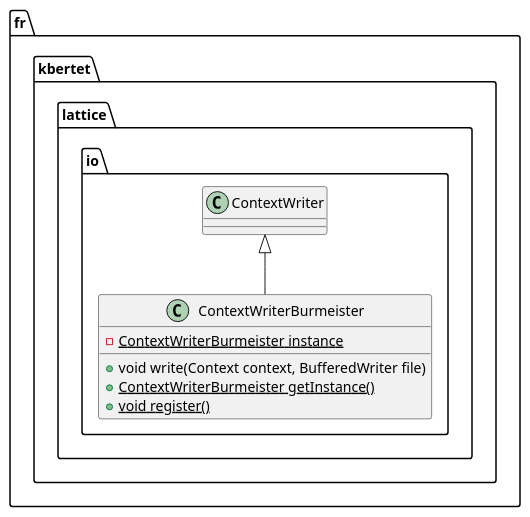
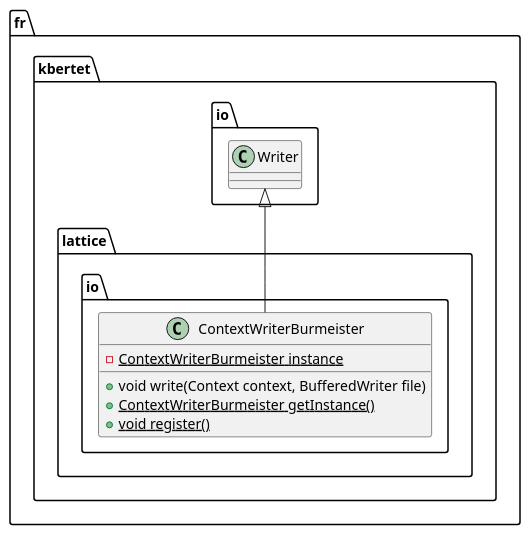
The diagram in src/main/javadoc/resources/fr/kbertet/context/io/ContextWriterBurmeister.iuml (thegalactic/java-lattices), drawn with PlantUML before and after one commit. The commit also changed 28 other files, not shown here.

```diff
--- a/src/main/javadoc/resources/fr/kbertet/context/io/ContextWriterBurmeister.iuml
+++ b/src/main/javadoc/resources/fr/kbertet/context/io/ContextWriterBurmeister.iuml
@@ -1,10 +1,10 @@
 package fr.kbertet.lattice.io {
     class ContextWriterBurmeister {
     	-{static}ContextWriterBurmeister instance
         +void write(Context context, BufferedWriter file)
         +{static}ContextWriterBurmeister getInstance()
         +{static}void register()
     }
 
-    ContextWriter <|-- ContextWriterBurmeister
+    fr.kbertet.io.Writer <|-- ContextWriterBurmeister
 }
```
